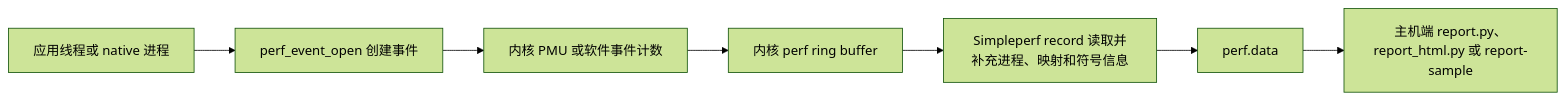
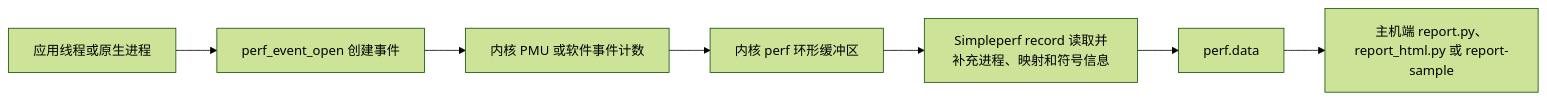
Before and after one commit to Gracker/android-internals-wiki: the diagram in src/part3-tools/ch14-other-tools/02-simpleperf.md, drawn with Mermaid (forest theme). The commit also changed other lines of this file, not shown here.

````diff
--- a/src/part3-tools/ch14-other-tools/02-simpleperf.md
+++ b/src/part3-tools/ch14-other-tools/02-simpleperf.md
@@ -68,9 +68,9 @@
 ```mermaid
 flowchart LR
-    A["应用线程或 native 进程"] --> B["perf_event_open 创建事件"]
+    A["应用线程或原生进程"] --> B["perf_event_open 创建事件"]
     B --> C["内核 PMU 或软件事件计数"]
-    C --> D["内核 perf ring buffer"]
+    C --> D["内核 perf 环形缓冲区"]
     D --> E["Simpleperf record 读取并补充进程、映射和符号信息"]
     E --> F["perf.data"]
     F --> G["主机端 report.py、report_html.py 或 report-sample"]
 ```
````
